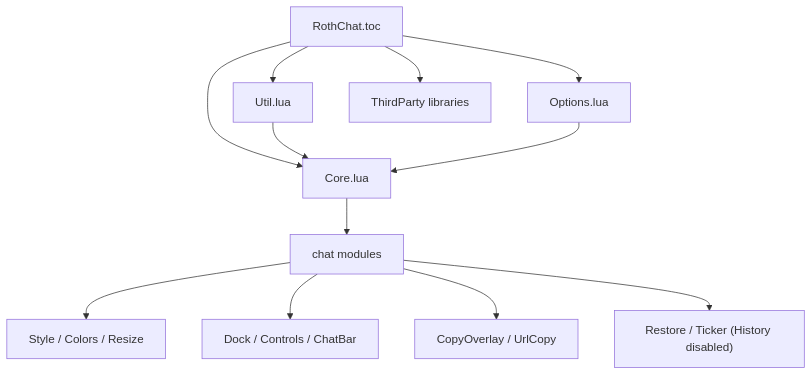
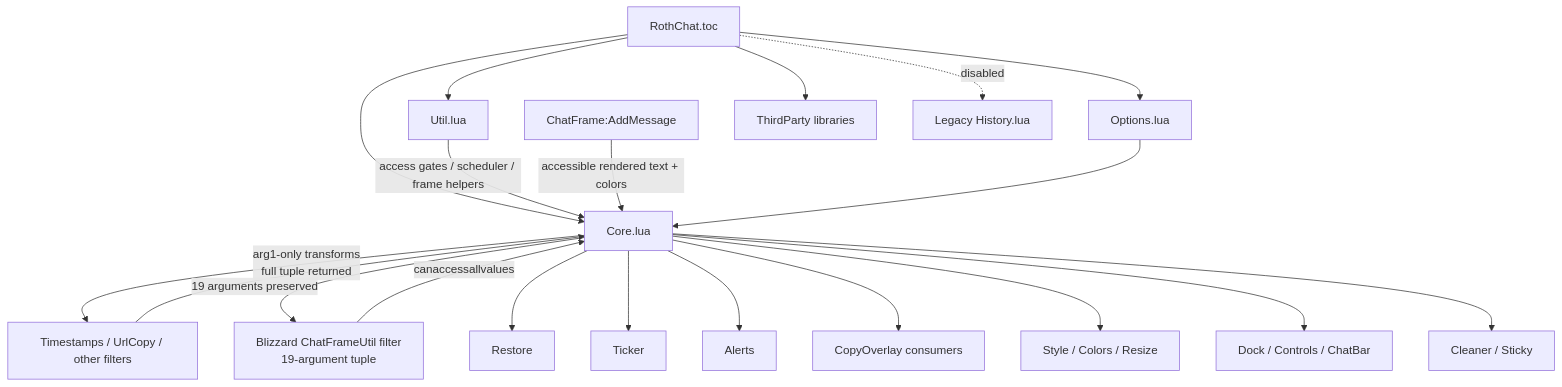
One commit to UnknownAlienHuman/roth-chat changed the diagram in CODE_GRAPH.md. Above: the diagram before and after it, drawn with Mermaid. The commit also changed other lines of this file, not shown here.

Commit message:
Map the Retail 12.1 filter and render boundaries

````diff
--- a/CODE_GRAPH.md
+++ b/CODE_GRAPH.md
@@ -3,14 +3,26 @@
 ```mermaid
 flowchart TD
   T["RothChat.toc"] --> U["Util.lua"]
   T --> C["Core.lua"]
-  U --> C
-  C --> M["chat modules"]
-  M --> S["Style / Colors / Resize"]
-  M --> I["Dock / Controls / ChatBar"]
-  M --> X["CopyOverlay / UrlCopy"]
-  M --> R["Restore / Ticker (History disabled)"]
+  U -->|"access gates / scheduler / frame helpers"| C
+
+  BF["Blizzard ChatFrameUtil filter\n19-argument tuple"] -->|"canaccessallvalues"| C
+  C -->|"arg1-only transforms\nfull tuple returned"| F["Timestamps / UrlCopy / other filters"]
+  F --> C
+  C -->|"19 arguments preserved"| BF
+
+  BA["ChatFrame:AddMessage"] -->|"accessible rendered text + colors"| C
+  C --> R["Restore"]
+  C --> K["Ticker"]
+  C --> A["Alerts"]
+  C --> X["CopyOverlay consumers"]
+
+  C --> P["Style / Colors / Resize"]
+  C --> I["Dock / Controls / ChatBar"]
+  C --> B["Cleaner / Sticky"]
+
   T --> O["Options.lua"]
   O --> C
   T --> L["ThirdParty libraries"]
+  T -. "disabled" .-> H["Legacy History.lua"]
 ```
````
